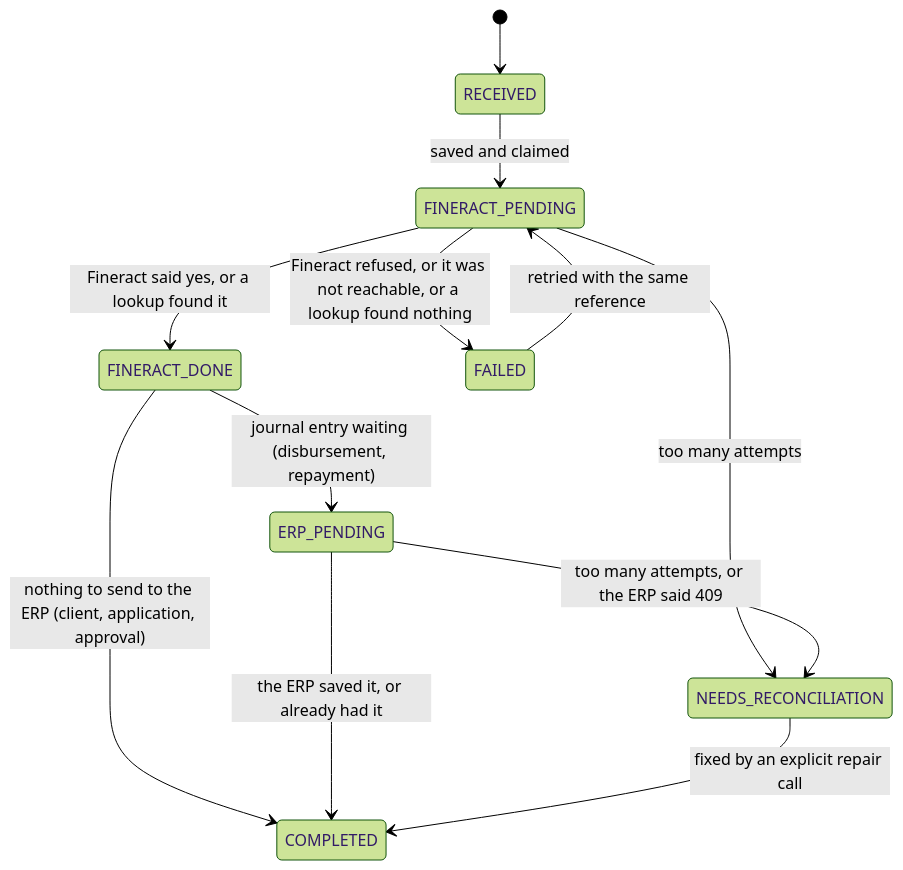
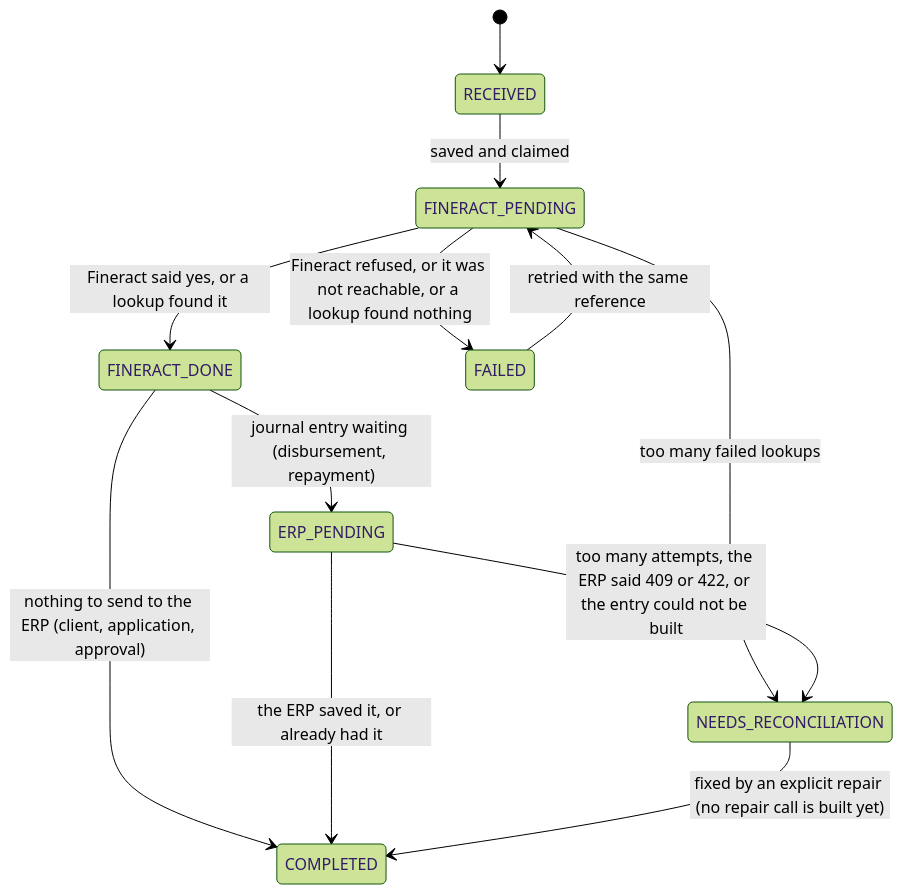
The third of 3 diagrams in ARCHITECTURE.md (wmnjuguna/Inkomoko-Interview), drawn with Mermaid (forest theme) before and after one commit. The commit also changed other lines of this file, not shown here.

Commit message:
docs: update ARCHITECTURE for P2

````diff
--- a/ARCHITECTURE.md
+++ b/ARCHITECTURE.md
@@ -233,14 +293,14 @@
 ```mermaid
 stateDiagram-v2
   [*] --> RECEIVED
   RECEIVED --> FINERACT_PENDING: saved and claimed
   FINERACT_PENDING --> FINERACT_DONE: Fineract said yes, or a lookup found it
   FINERACT_PENDING --> FAILED: Fineract refused, or it was not reachable, or a lookup found nothing
   FAILED --> FINERACT_PENDING: retried with the same reference
   FINERACT_DONE --> ERP_PENDING: journal entry waiting (disbursement, repayment)
   FINERACT_DONE --> COMPLETED: nothing to send to the ERP (client, application, approval)
   ERP_PENDING --> COMPLETED: the ERP saved it, or already had it
-  FINERACT_PENDING --> NEEDS_RECONCILIATION: too many attempts
-  ERP_PENDING --> NEEDS_RECONCILIATION: too many attempts, or the ERP said 409
-  NEEDS_RECONCILIATION --> COMPLETED: fixed by an explicit repair call
+  FINERACT_PENDING --> NEEDS_RECONCILIATION: too many failed lookups
+  ERP_PENDING --> NEEDS_RECONCILIATION: too many attempts, the ERP said 409 or 422, or the entry could not be built
+  NEEDS_RECONCILIATION --> COMPLETED: fixed by an explicit repair (no repair call is built yet)
 ```
````
